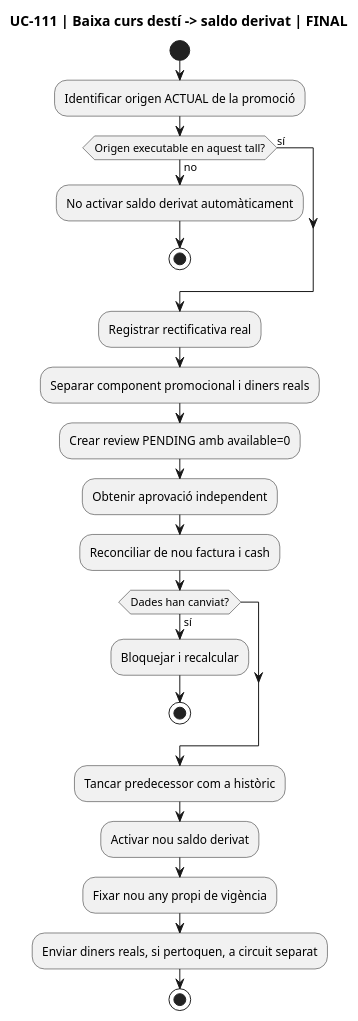
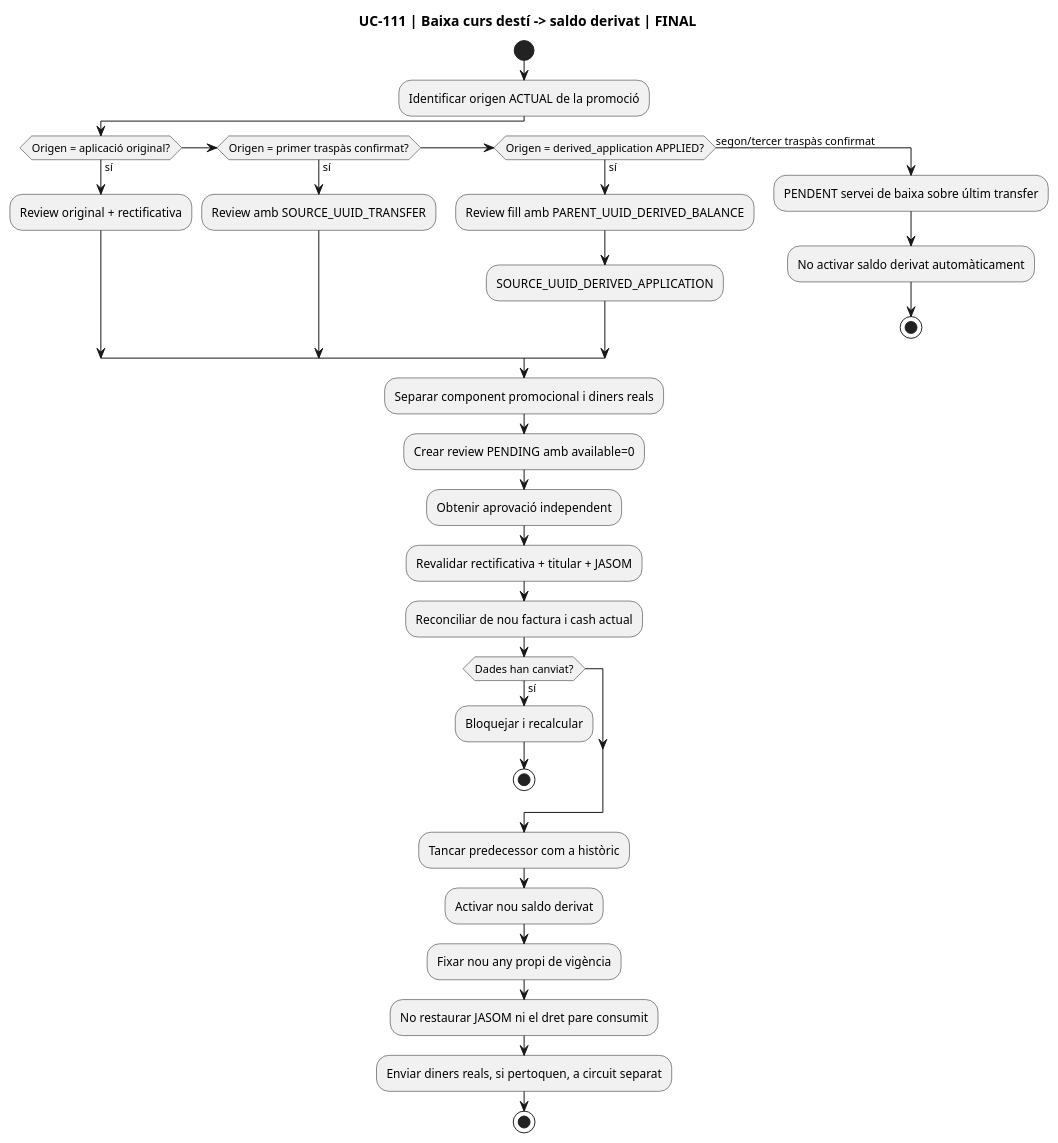
One commit to orgmeriemprismacat-del/verifactu changed the tenth of 12 diagrams in documentacio/07-uml-integrat/uc-111-activitats-actual-final.md. Above: the diagram before and after it, drawn with PlantUML. The commit also changed other lines of this file, not shown here.

Commit message:
docs activity UC-111: mark derived-application cancellation implemented and keep only successive-transfer cancellation pending

````diff
--- a/documentacio/07-uml-integrat/uc-111-activitats-actual-final.md
+++ b/documentacio/07-uml-integrat/uc-111-activitats-actual-final.md
@@ -296,36 +296,34 @@
 ```plantuml
 @startuml
 title UC-111 | Baixa curs destí -> saldo derivat | FINAL
 start
 :Identificar origen ACTUAL de la promoció;
-if (Origen executable en aquest tall?) then (sí)
-  note right
-    Cobert amb servei:
-    - aplicació original
-    - primer traspàs confirmat
-  end note
-else (no)
-  note right
-    Encara PENDENT de servei específic:
-    - derived_application APPLIED
-    - segon/tercer traspàs
-  end note
+if (Origen = aplicació original?) then (sí)
+  :Review original + rectificativa;
+elseif (Origen = primer traspàs confirmat?) then (sí)
+  :Review amb SOURCE_UUID_TRANSFER;
+elseif (Origen = derived_application APPLIED?) then (sí)
+  :Review fill amb PARENT_UUID_DERIVED_BALANCE;
+  :SOURCE_UUID_DERIVED_APPLICATION;
+else (segon/tercer traspàs confirmat)
+  :PENDENT servei de baixa sobre últim transfer;
   :No activar saldo derivat automàticament;
   stop
 endif
-:Registrar rectificativa real;
 :Separar component promocional i diners reals;
 :Crear review PENDING amb available=0;
 :Obtenir aprovació independent;
-:Reconciliar de nou factura i cash;
+:Revalidar rectificativa + titular + JASOM;
+:Reconciliar de nou factura i cash actual;
 if (Dades han canviat?) then (sí)
   :Bloquejar i recalcular;
   stop
 endif
 :Tancar predecessor com a històric;
 :Activar nou saldo derivat;
 :Fixar nou any propi de vigència;
+:No restaurar JASOM ni el dret pare consumit;
 :Enviar diners reals, si pertoquen, a circuit separat;
 stop
 @enduml
 ```
````
